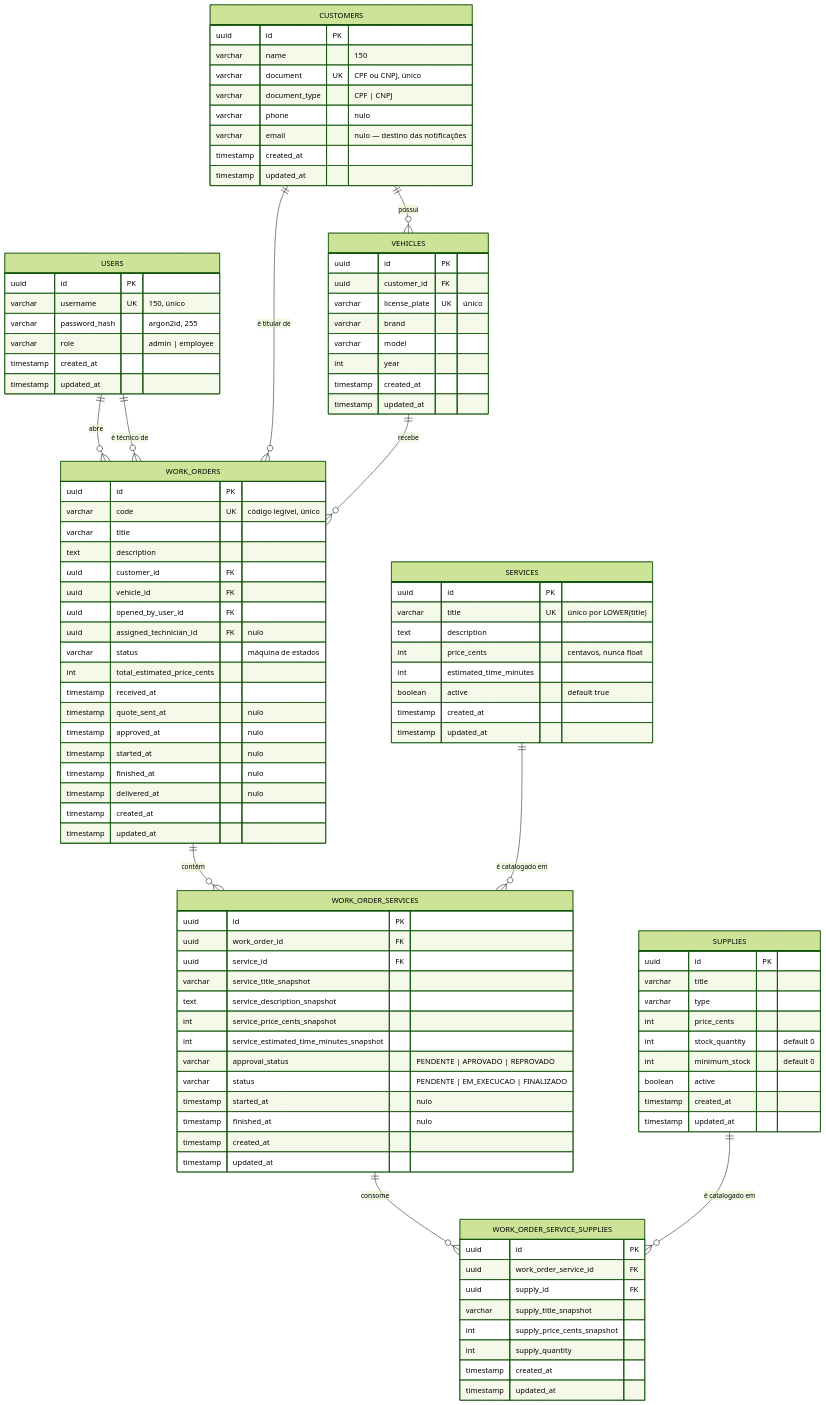
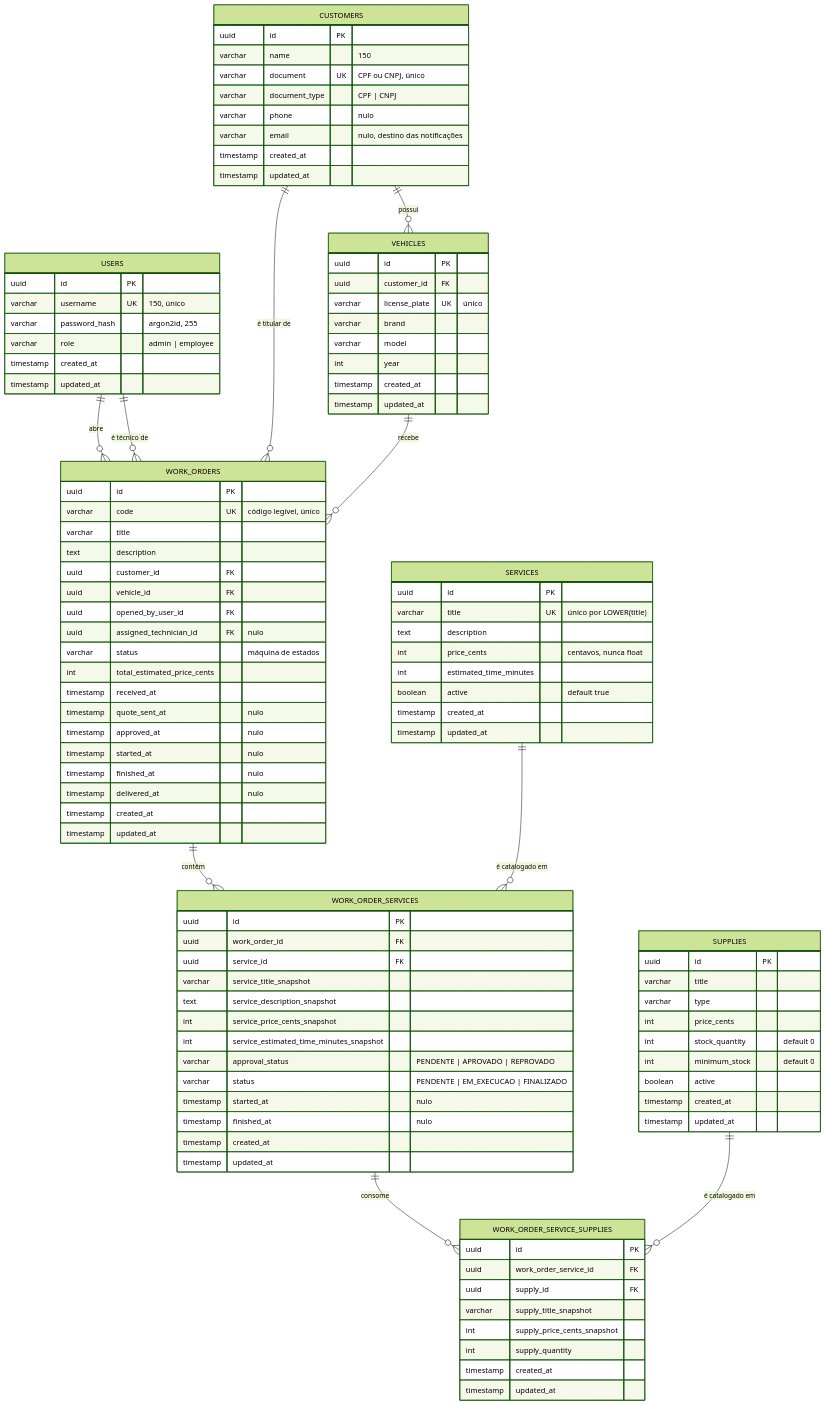
Before and after one commit to SOAT-15-Oficina/oficina-mecanica-infrastructure: the diagram in docs/banco-de-dados.md, drawn with Mermaid (forest theme). The commit also changed other lines of this file and 23 other files, not shown here.

```diff
--- a/docs/banco-de-dados.md
+++ b/docs/banco-de-dados.md
@@ -83,7 +80,7 @@
         varchar document UK "CPF ou CNPJ, único"
         varchar document_type "CPF | CNPJ"
         varchar phone "nulo"
-        varchar email "nulo — destino das notificações"
+        varchar email "nulo, destino das notificações"
         timestamp created_at
         timestamp updated_at
     }
```
